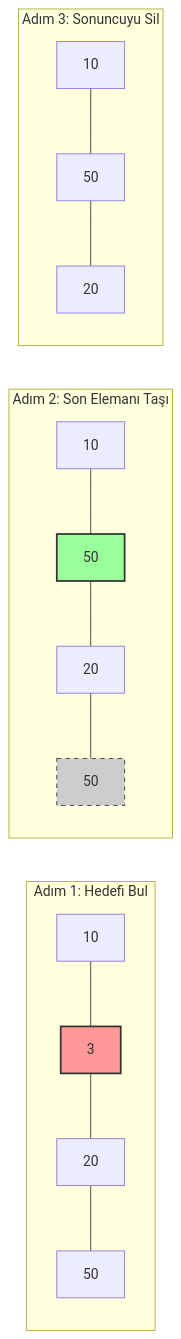
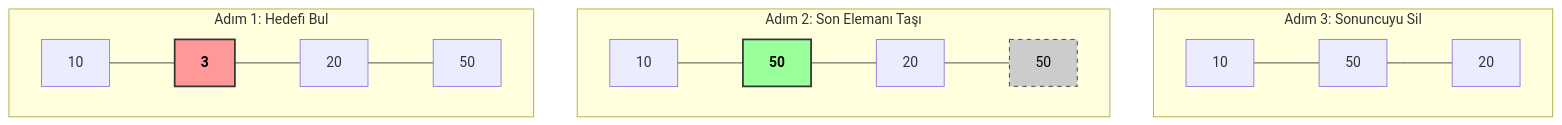
One commit to mberkkk/leetcode-selected-algorithms changed the diagram in src/main/java/org/leetCodeTop150/arrayString/InsertDeleteGetRandom/SOLUTION.md. Above: the diagram before and after it, drawn with Mermaid.

Commit message:
SOLUTION.md updated

````diff
--- a/src/main/java/org/leetCodeTop150/arrayString/InsertDeleteGetRandom/SOLUTION.md
+++ b/src/main/java/org/leetCodeTop150/arrayString/InsertDeleteGetRandom/SOLUTION.md
@@ -34,18 +34,21 @@
 ```mermaid
-graph LR
+graph TD
 
-subgraph Adım 1: Hedefi Bul
-A1[10] --- A2[3] --- A3[20] --- A4[50]
-style A2 fill:#ff9999,stroke:#333,stroke-width:2px
+subgraph Adım 3: Sonuncuyu Sil
+C1[10] --- C2[50] --- C3[20]
 end
 
 subgraph Adım 2: Son Elemanı Taşı
 B1[10] --- B2[50] --- B3[20] --- B4[50]
-style B2 fill:#99ff99,stroke:#333,stroke-width:2px
-style B4 fill:#cccccc,stroke:#333,stroke-dasharray: 5 5
+%% Yazı rengini siyah (#000) yaptık ve kalınlaştırdık
+style B2 fill:#99ff99,stroke:#333,stroke-width:2px,color:#000,font-weight:bold
+style B4 fill:#cccccc,stroke:#333,stroke-dasharray: 5 5,color:#000
 end
 
-subgraph Adım 3: Sonuncuyu Sil
-C1[10] --- C2[50] --- C3[20]
+
+subgraph Adım 1: Hedefi Bul
+A1[10] --- A2[3] --- A3[20] --- A4[50]
+%% Yazı rengini siyah (#000) yaptık ve kalınlaştırdık
+style A2 fill:#ff9999,stroke:#333,stroke-width:2px,color:#000,font-weight:bold
 end
 ```
````
